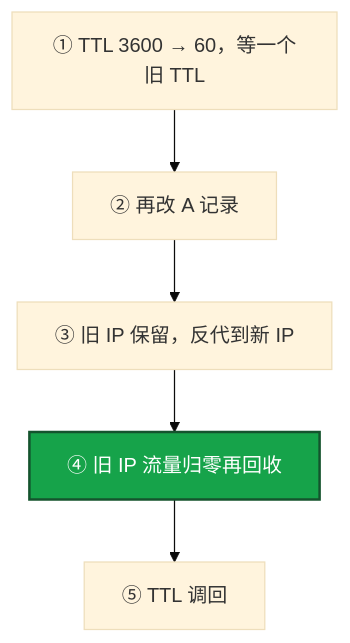
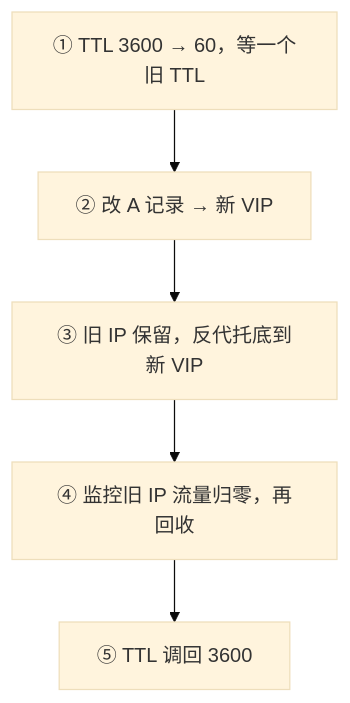
The third of 7 diagrams in 01-基础底座/15-DNS与CDN/知识点.md (ml-cuizijun/LearnToLilith), drawn with Mermaid (base theme) before and after one commit. The commit also changed other lines of this file and 470 other files, not shown here.

````diff
--- a/01-基础底座/15-DNS与CDN/知识点.md
+++ b/01-基础底座/15-DNS与CDN/知识点.md
@@ -473,9 +184,7 @@
 ```mermaid
 flowchart TB
-    A["① TTL 3600 → 60，等一个旧 TTL"] --> B[② 再改 A 记录]
-    B --> C[③ 旧 IP 保留，反代到新 IP]
-    C --> D[④ 旧 IP 流量归零再回收]
-    D --> E[⑤ TTL 调回]
-    classDef ok fill:#16A34A,stroke:#14532D,stroke-width:2px,color:#fff
-    class D ok
+    A["① TTL 3600 → 60，等一个旧 TTL"] --> B["② 改 A 记录 → 新 VIP"]
+    B --> C["③ 旧 IP 保留，反代托底到新 VIP"]
+    C --> D["④ 监控旧 IP 流量归零，再回收"]
+    D --> E["⑤ TTL 调回 3600"]
 ```
````
